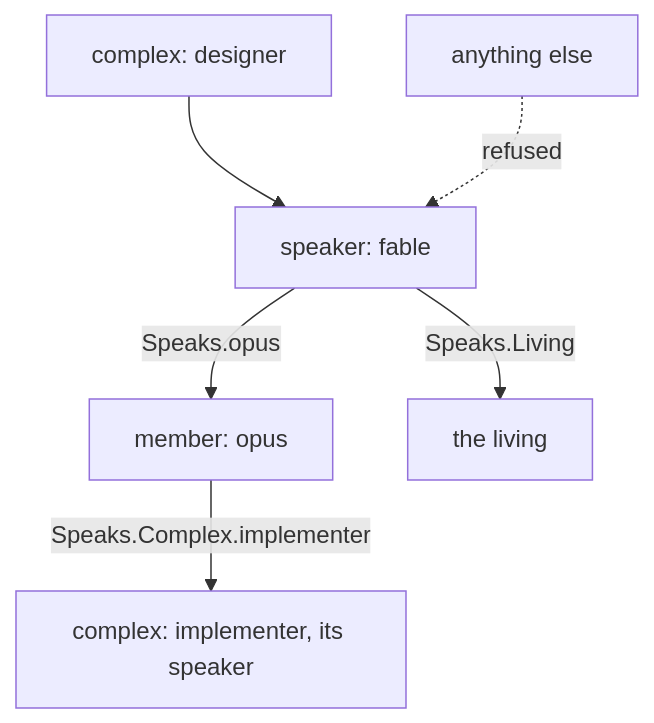
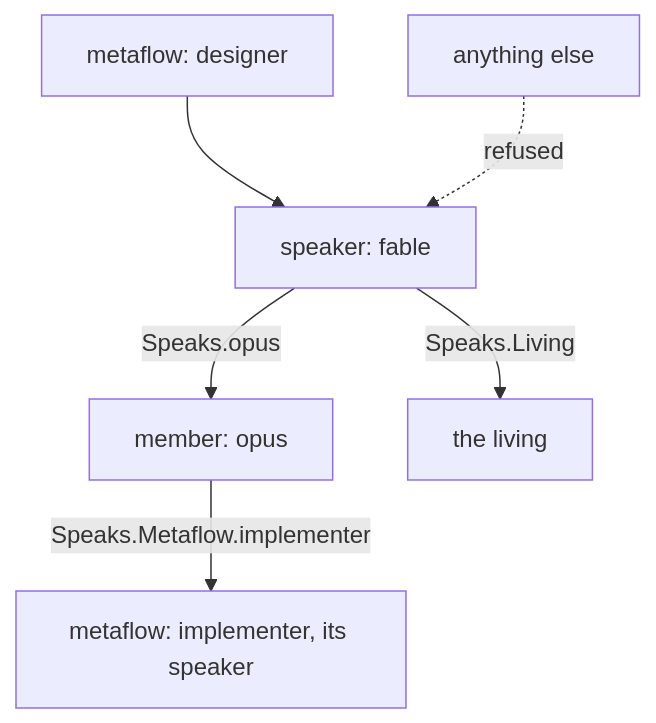
Before and after one commit to LiGoldragon/psyche-belief: the first of 6 diagrams in vision/flow-nexus-v1.md, drawn with Mermaid. The commit also changed other lines of this file and 5 other files, not shown here.

````diff
--- a/vision/flow-nexus-v1.md
+++ b/vision/flow-nexus-v1.md
@@ -65,8 +65,8 @@
 ```mermaid
 flowchart TB
-    c["complex: designer"] --> s["speaker: fable"]
+    c["metaflow: designer"] --> s["speaker: fable"]
     s -- "Speaks.opus" --> o["member: opus"]
-    o -- "Speaks.Complex.implementer" --> i["complex: implementer, its speaker"]
+    o -- "Speaks.Metaflow.implementer" --> i["metaflow: implementer, its speaker"]
     s -- "Speaks.Living" --> l["the living"]
     x["anything else"] -. "refused" .-> s
 ```
````
